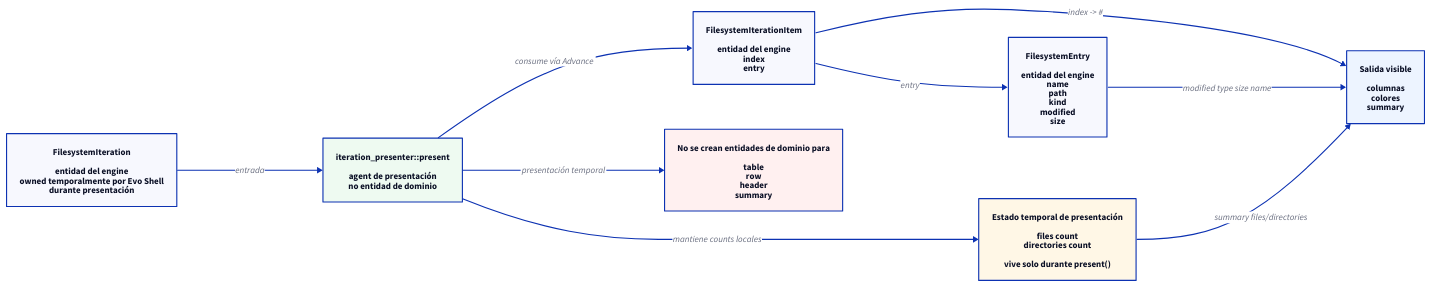
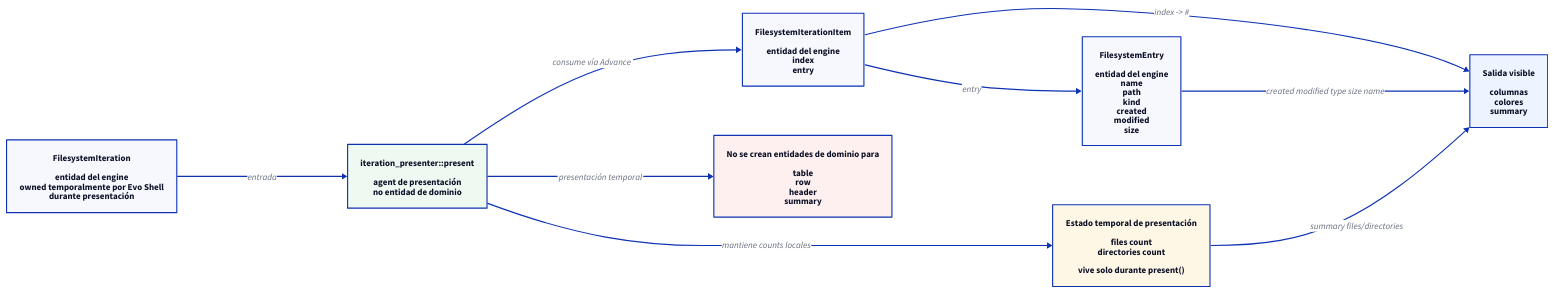
One commit to niqel/evolution changed the diagram in evo-shell/technical_documentation/use_cases/UC-004-present-structured-filesystem-iteration/domain-model.d2. Above: the diagram before and after it, drawn with D2. The commit also changed 23 other files, not shown here.

```diff
--- a/evo-shell/technical_documentation/use_cases/UC-004-present-structured-filesystem-iteration/domain-model.d2
+++ b/evo-shell/technical_documentation/use_cases/UC-004-present-structured-filesystem-iteration/domain-model.d2
@@ -1,42 +1,42 @@
 direction: right
 
 filesystem_iteration: "FilesystemIteration\n\nentidad del engine\nowned temporalmente por Evo Shell\ndurante presentación" {
   shape: rectangle
 }
 
 filesystem_iteration_item: "FilesystemIterationItem\n\nentidad del engine\nindex\nentry" {
   shape: rectangle
 }
 
-filesystem_entry: "FilesystemEntry\n\nentidad del engine\nname\npath\nkind\nmodified\nsize" {
+filesystem_entry: "FilesystemEntry\n\nentidad del engine\nname\npath\nkind\ncreated\nmodified\nsize" {
   shape: rectangle
 }
 
 presenter: "iteration_presenter::present\n\nagent de presentación\nno entidad de dominio" {
   shape: rectangle
   style.fill: "#eefaf1"
 }
 
 presentation_state: "Estado temporal de presentación\n\nfiles count\ndirectories count\n\nvive solo durante present()" {
   shape: rectangle
   style.fill: "#fff7e6"
 }
 
 visible_output: "Salida visible\n\ncolumnas\ncolores\nsummary" {
   shape: rectangle
   style.fill: "#edf4ff"
 }
 
 not_domain: "No se crean entidades de dominio para\n\ntable\nrow\nheader\nsummary" {
   shape: rectangle
   style.fill: "#fff0f0"
 }
 
 filesystem_iteration -> presenter: "entrada"
 presenter -> filesystem_iteration_item: "consume vía Advance"
 filesystem_iteration_item -> filesystem_entry: "entry"
 filesystem_iteration_item -> visible_output: "index -> #"
-filesystem_entry -> visible_output: "modified type size name"
+filesystem_entry -> visible_output: "created modified type size name"
 presenter -> presentation_state: "mantiene counts locales"
 presentation_state -> visible_output: "summary files/directories"
 presenter -> not_domain: "presentación temporal"
```
